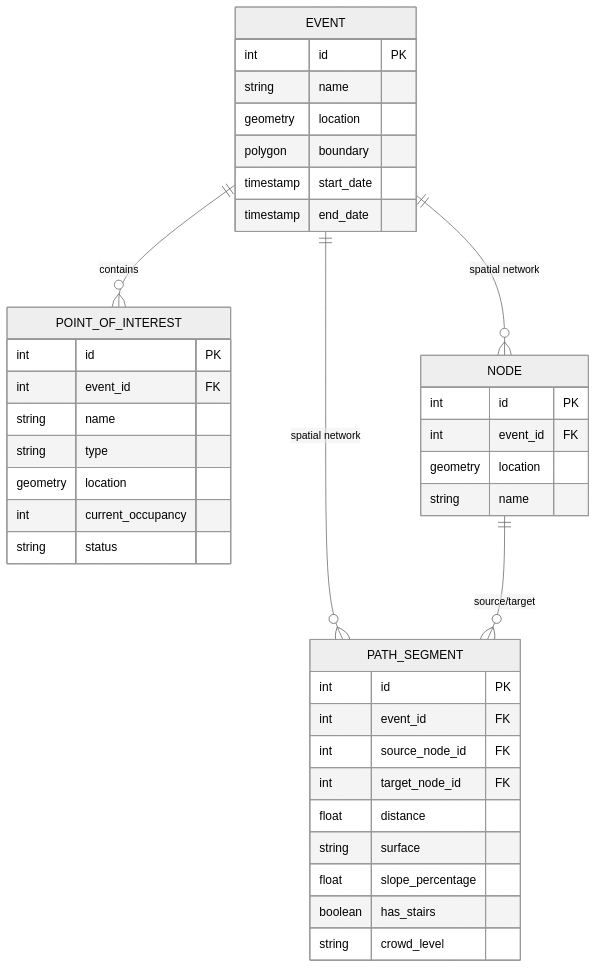
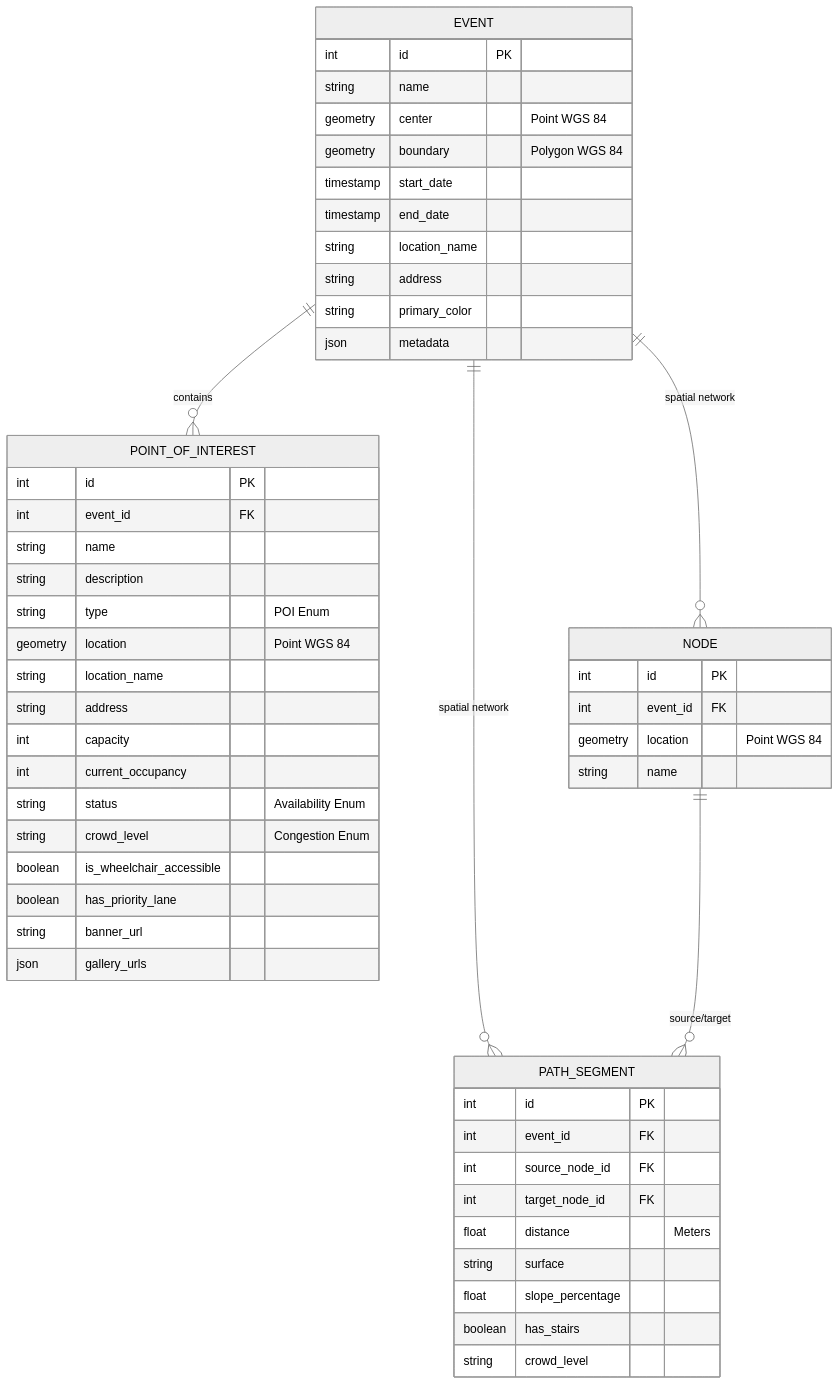
The first of 2 diagrams in apps/docs/pages/architecture/database-schema.mdx (lattice-product-team/app_lattice_project), drawn with Mermaid (neutral theme) before and after one commit. The commit also changed other lines of this file and 9 other files, not shown here.

Commit message:
docs: refactor and expand architectural documentation for class diagrams and monorepo structure

````diff
--- a/apps/docs/pages/architecture/database-schema.mdx
+++ b/apps/docs/pages/architecture/database-schema.mdx
@@ -13,45 +15,58 @@
 ```mermaid
 erDiagram
     EVENT ||--o{ POINT_OF_INTEREST : contains
     EVENT ||--o{ NODE : "spatial network"
     EVENT ||--o{ PATH_SEGMENT : "spatial network"
     NODE ||--o{ PATH_SEGMENT : "source/target"
 
     EVENT {
         int id PK
         string name
-        geometry location
-        polygon boundary
+        geometry center "Point WGS 84"
+        geometry boundary "Polygon WGS 84"
         timestamp start_date
         timestamp end_date
+        string location_name
+        string address
+        string primary_color
+        json metadata
     }
 
     POINT_OF_INTEREST {
         int id PK
         int event_id FK
         string name
-        string type
-        geometry location
+        string description
+        string type "POI Enum"
+        geometry location "Point WGS 84"
+        string location_name
+        string address
+        int capacity
         int current_occupancy
-        string status
+        string status "Availability Enum"
+        string crowd_level "Congestion Enum"
+        boolean is_wheelchair_accessible
+        boolean has_priority_lane
+        string banner_url
+        json gallery_urls
     }
 
     NODE {
         int id PK
         int event_id FK
-        geometry location
+        geometry location "Point WGS 84"
         string name
     }
 
     PATH_SEGMENT {
         int id PK
         int event_id FK
         int source_node_id FK
         int target_node_id FK
-        float distance
+        float distance "Meters"
         string surface
         float slope_percentage
         boolean has_stairs
         string crowd_level
     }
 ```
````
